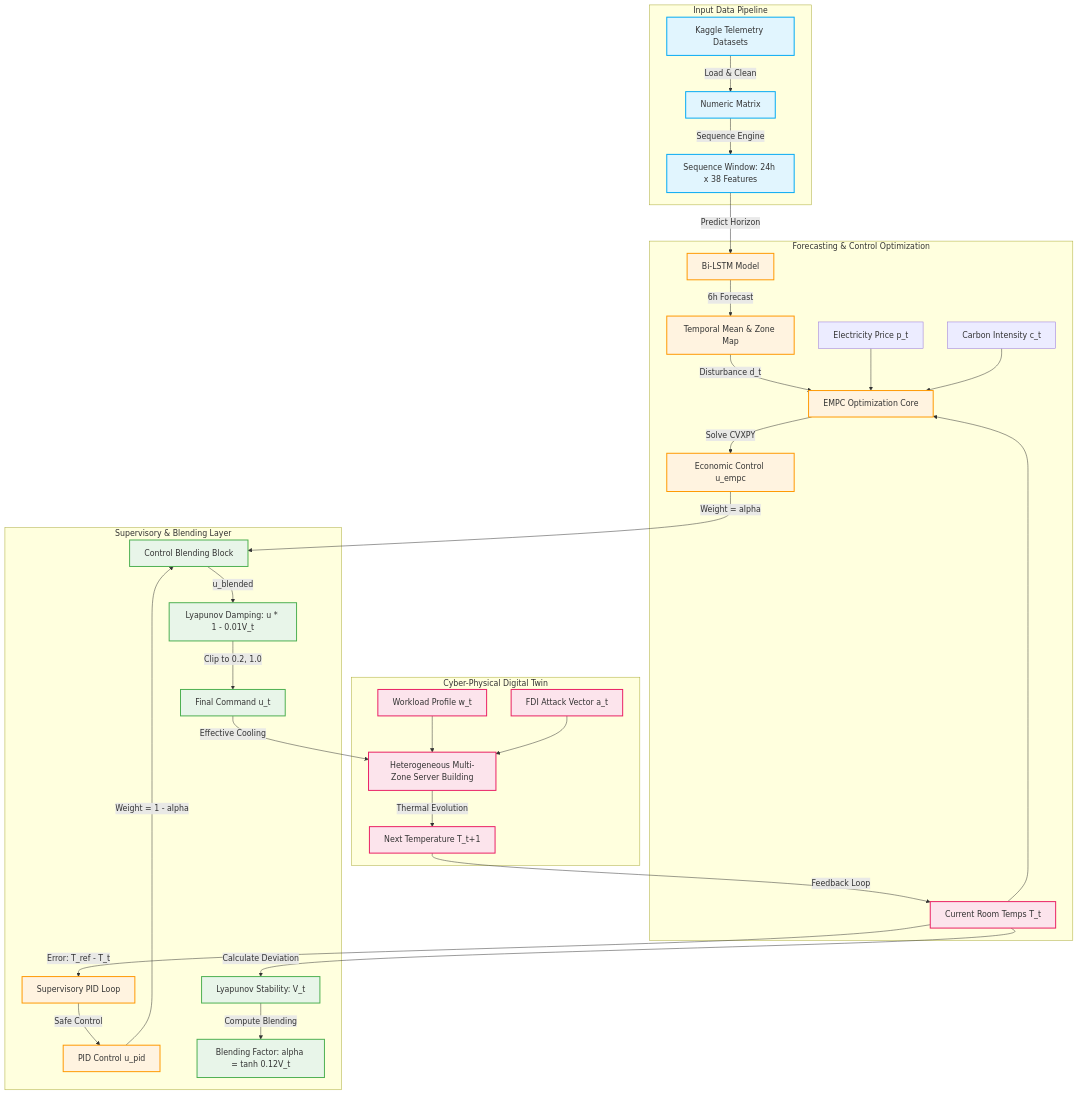
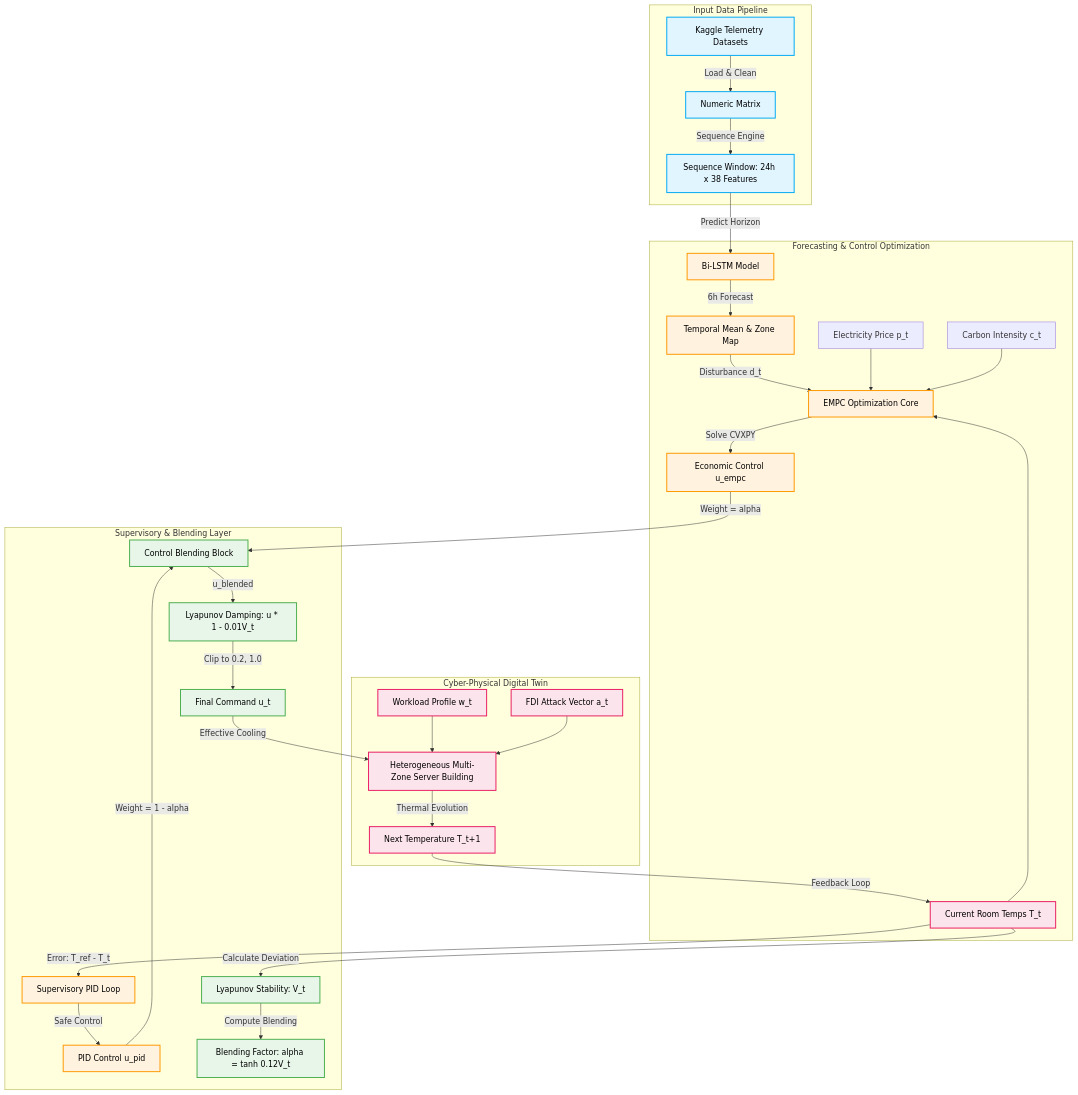
The diagram in README.md (imamdoula004/Data-Center-Cooling-Benchmarks), drawn with Mermaid before and after one commit. The commit also changed other lines of this file, not shown here.

Commit message:
Simplify README: remove formulas and add black text to Mermaid diagram boxes

````diff
--- a/README.md
+++ b/README.md
@@ -18,46 +18,46 @@
 ```mermaid
 graph TD
     subgraph Input Data Pipeline
         K[Kaggle Telemetry Datasets] -->|Load & Clean| D[Numeric Matrix]
         D -->|Sequence Engine| S[Sequence Window: 24h x 38 Features]
     end
 
     subgraph Forecasting & Control Optimization
         S -->|Predict Horizon| L[Bi-LSTM Model]
         L -->|6h Forecast| F[Temporal Mean & Zone Map]
         F -->|Disturbance d_t| E[EMPC Optimization Core]
         T[Current Room Temps T_t] --> E
         P[Electricity Price p_t] --> E
         C[Carbon Intensity c_t] --> E
         E -->|Solve CVXPY| Ue[Economic Control u_empc]
     end
 
     subgraph Supervisory & Blending Layer
         T -->|Error: T_ref - T_t| PID[Supervisory PID Loop]
         PID -->|Safe Control| Up[PID Control u_pid]
         T -->|Calculate Deviation| V[Lyapunov Stability: V_t]
         V -->|Compute Blending| A[Blending Factor: alpha = tanh 0.12V_t]
         Ue -->|Weight = alpha| B[Control Blending Block]
         Up -->|Weight = 1 - alpha| B
         B -->|u_blended| DAMP[Lyapunov Damping: u * 1 - 0.01V_t]
         DAMP -->|Clip to 0.2, 1.0| U[Final Command u_t]
     end
 
     subgraph Cyber-Physical Digital Twin
         U -->|Effective Cooling| PHY[Heterogeneous Multi-Zone Server Building]
         W[Workload Profile w_t] --> PHY
         FDI[FDI Attack Vector a_t] --> PHY
         PHY -->|Thermal Evolution| T_new[Next Temperature T_t+1]
         T_new -->|Feedback Loop| T
     end
 
-    classDef input fill:#e1f5fe,stroke:#03a9f4,stroke-width:2px;
-    classDef model fill:#fff3e0,stroke:#ff9800,stroke-width:2px;
-    classDef blend fill:#e8f5e9,stroke:#4caf50,stroke-width:2px;
-    classDef physics fill:#fce4ec,stroke:#e91e63,stroke-width:2px;
+    classDef input fill:#e1f5fe,stroke:#03a9f4,stroke-width:2px,color:#000;
+    classDef model fill:#fff3e0,stroke:#ff9800,stroke-width:2px,color:#000;
+    classDef blend fill:#e8f5e9,stroke:#4caf50,stroke-width:2px,color:#000;
+    classDef physics fill:#fce4ec,stroke:#e91e63,stroke-width:2px,color:#000;
     
     class K,D,S input;
     class L,F,E,Ue,PID,Up model;
     class V,A,B,DAMP,U blend;
     class PHY,T_new,T,W,FDI physics;
 ```
````
